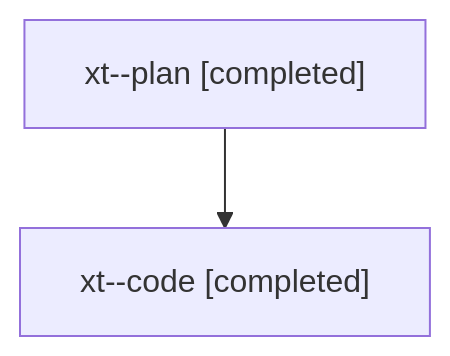
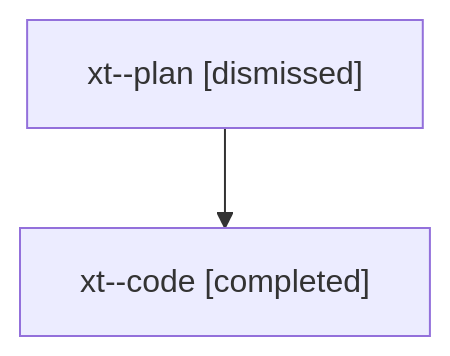
One commit to sase-org/sase--agents changed the diagram in families/bbugyi200.athena.xt.md. Above: the diagram before and after it, drawn with Mermaid. The commit also changed other lines of this file and 1973 other files, not shown here.

````diff
--- a/families/bbugyi200.athena.xt.md
+++ b/families/bbugyi200.athena.xt.md
@@ -9,6 +9,6 @@
 ```mermaid
 flowchart TD
-  n0["xt--plan [completed]"]
+  n0["xt--plan [dismissed]"]
   n1["xt--code [completed]"]
   n0 --> n1
 ```
````
